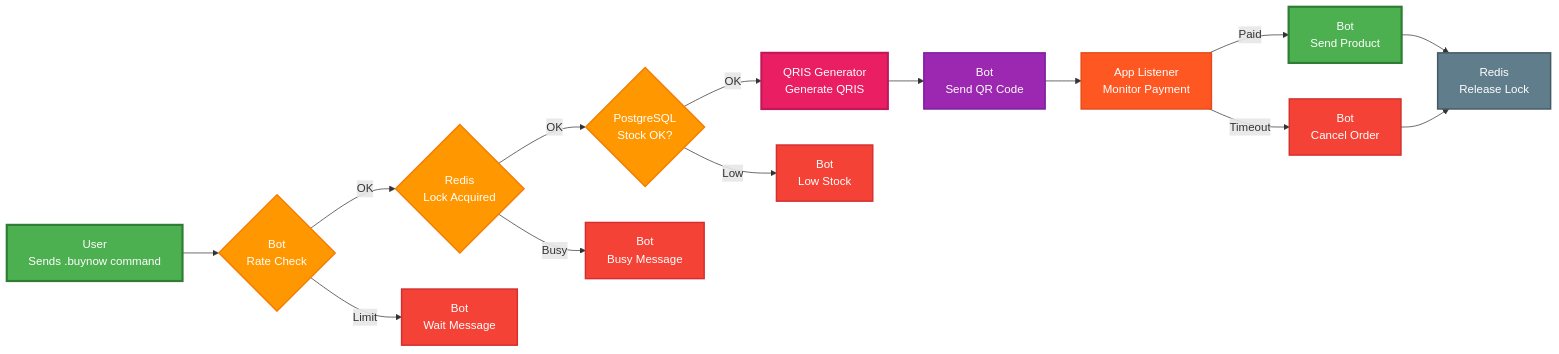
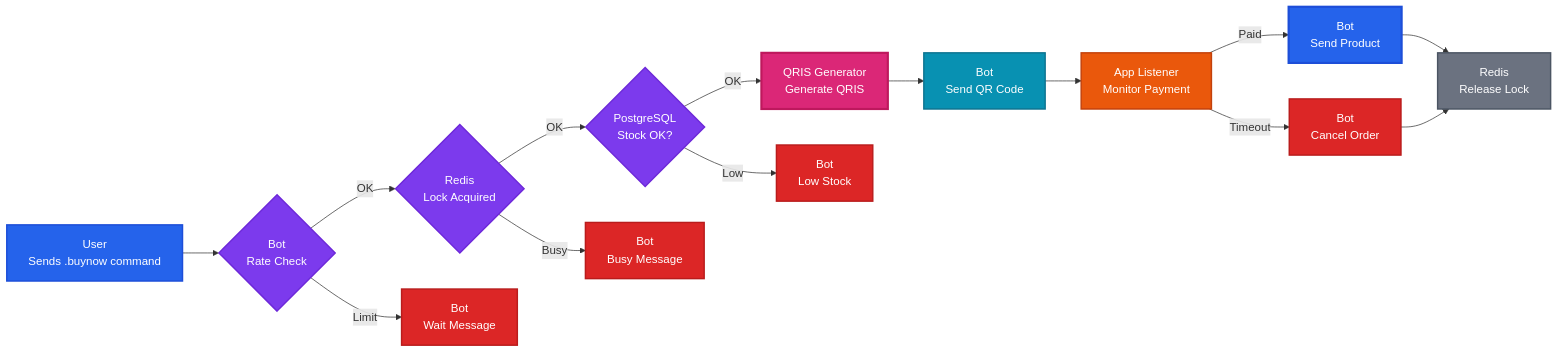
Before and after one commit to nicolaananda/bot-wa: the third of 3 diagrams in README.md, drawn with Mermaid. The commit also changed other lines of this file, not shown here.

Commit message:
🎨 Apply modern professional design to payment flow diagrams
- Use Tailwind CSS color palette for modern, professional look
- Blue (#2563eb) for user actions and success states
- Purple (#7c3aed) for validation and decision points
- Red (#dc2626) for error states and warnings
- Green (#059669) for core processing operations
- Cyan (#0891b2) for data operations
- Pink (#db2777) for QRIS generation
- Orange (#ea580c) for monitoring states
- Gray (#6b7280) for cleanup operations
- Consistent stroke colors and white text for better contrast
- Professional color scheme suitable for enterprise documentation

````diff
--- a/README.md
+++ b/README.md
@@ -175,30 +175,30 @@
 ```mermaid
 flowchart LR
     A["User<br/>Sends .buynow command"] --> B{"Bot<br/>Rate Check"}
     B -->|"OK"| C{"Redis<br/>Lock Acquired"}
     B -->|"Limit"| D["Bot<br/>Wait Message"]
     C -->|"OK"| E{"PostgreSQL<br/>Stock OK?"}
     C -->|"Busy"| F["Bot<br/>Busy Message"]
     E -->|"OK"| G["QRIS Generator<br/>Generate QRIS"]
     E -->|"Low"| H["Bot<br/>Low Stock"]
     G --> I["Bot<br/>Send QR Code"]
     I --> J["App Listener<br/>Monitor Payment"]
     J -->|"Paid"| K["Bot<br/>Send Product"]
     J -->|"Timeout"| L["Bot<br/>Cancel Order"]
     K --> M["Redis<br/>Release Lock"]
     L --> M
     
-    style A fill:#4CAF50,stroke:#2E7D32,stroke-width:3px,color:#fff
-    style B fill:#FF9800,stroke:#F57C00,stroke-width:2px,color:#fff
-    style C fill:#FF9800,stroke:#F57C00,stroke-width:2px,color:#fff
-    style D fill:#F44336,stroke:#D32F2F,stroke-width:2px,color:#fff
-    style E fill:#FF9800,stroke:#F57C00,stroke-width:2px,color:#fff
-    style F fill:#F44336,stroke:#D32F2F,stroke-width:2px,color:#fff
-    style G fill:#E91E63,stroke:#C2185B,stroke-width:3px,color:#fff
-    style H fill:#F44336,stroke:#D32F2F,stroke-width:2px,color:#fff
-    style I fill:#9C27B0,stroke:#7B1FA2,stroke-width:2px,color:#fff
-    style J fill:#FF5722,stroke:#E64A19,stroke-width:2px,color:#fff
-    style K fill:#4CAF50,stroke:#2E7D32,stroke-width:3px,color:#fff
-    style L fill:#F44336,stroke:#D32F2F,stroke-width:2px,color:#fff
-    style M fill:#607D8B,stroke:#455A64,stroke-width:2px,color:#fff
+    style A fill:#2563eb,stroke:#1d4ed8,stroke-width:2px,color:#ffffff
+    style B fill:#7c3aed,stroke:#6d28d9,stroke-width:2px,color:#ffffff
+    style C fill:#7c3aed,stroke:#6d28d9,stroke-width:2px,color:#ffffff
+    style D fill:#dc2626,stroke:#b91c1c,stroke-width:2px,color:#ffffff
+    style E fill:#7c3aed,stroke:#6d28d9,stroke-width:2px,color:#ffffff
+    style F fill:#dc2626,stroke:#b91c1c,stroke-width:2px,color:#ffffff
+    style G fill:#db2777,stroke:#be185d,stroke-width:3px,color:#ffffff
+    style H fill:#dc2626,stroke:#b91c1c,stroke-width:2px,color:#ffffff
+    style I fill:#0891b2,stroke:#0e7490,stroke-width:2px,color:#ffffff
+    style J fill:#ea580c,stroke:#c2410c,stroke-width:2px,color:#ffffff
+    style K fill:#2563eb,stroke:#1d4ed8,stroke-width:3px,color:#ffffff
+    style L fill:#dc2626,stroke:#b91c1c,stroke-width:2px,color:#ffffff
+    style M fill:#6b7280,stroke:#4b5563,stroke-width:2px,color:#ffffff
 ```
````
